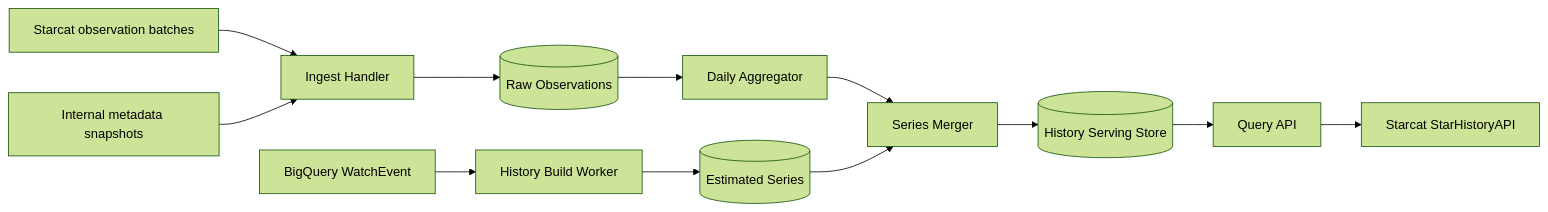
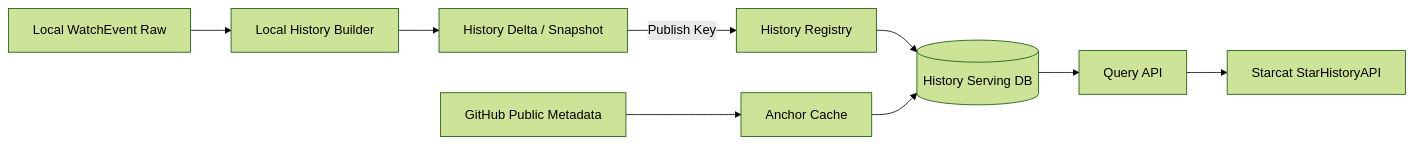
One commit to starcat-app/Starcat changed the diagram in docs/3-设计/详细设计/62-Starcat自研星标历史服务详细设计.md. Above: the diagram before and after it, drawn with Mermaid (forest theme). The commit also changed other lines of this file and 5 other files, not shown here.

````diff
--- a/docs/3-设计/详细设计/62-Starcat自研星标历史服务详细设计.md
+++ b/docs/3-设计/详细设计/62-Starcat自研星标历史服务详细设计.md
@@ -113,14 +131,11 @@
 ```mermaid
 flowchart LR
-    A[Starcat observation batches] --> B[Ingest Handler]
-    C[Internal metadata snapshots] --> B
-    D[BigQuery WatchEvent] --> E[History Build Worker]
-    B --> F[(Raw Observations)]
-    F --> G[Daily Aggregator]
-    E --> H[(Estimated Series)]
-    G --> I[Series Merger]
-    H --> I
-    I --> J[(History Serving Store)]
-    J --> K[Query API]
-    K --> L[Starcat StarHistoryAPI]
+    A[Local WatchEvent Raw] --> B[Local History Builder]
+    B --> C[History Delta / Snapshot]
+    C -->|Publish Key| D[History Registry]
+    D --> E[(History Serving DB)]
+    F[GitHub Public Metadata] --> G[Anchor Cache]
+    G --> E
+    E --> H[Query API]
+    H --> I[Starcat StarHistoryAPI]
 ```
````
